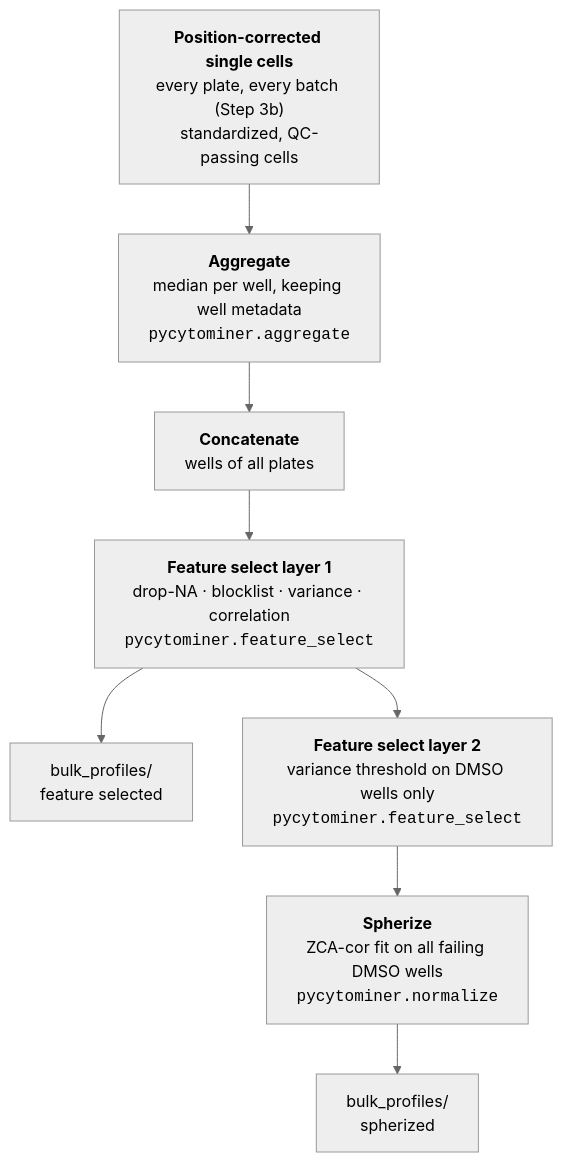
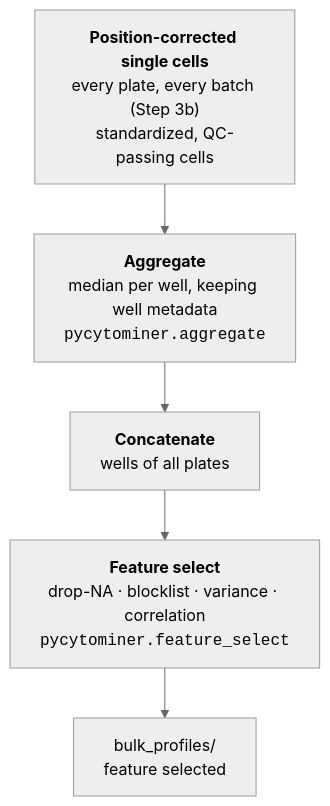
One commit to WayScience/targeted_fibrosis_drug_screen changed the third of 3 diagrams in 3.image_based_profiling/README.md. Above: the diagram before and after it, drawn with Mermaid (neutral theme). The commit also changed other lines of this file and 4 other files, not shown here.

````diff
--- a/3.image_based_profiling/README.md
+++ b/3.image_based_profiling/README.md
@@ -176,10 +172,7 @@
 ```mermaid
 flowchart TD
     A["<b>Position-corrected single cells</b><br/>every plate, every batch (Step 3b)<br/>standardized, QC-passing cells"] --> B["<b>Aggregate</b><br/>median per well, keeping well metadata<br/><code>pycytominer.aggregate</code>"]
     B --> C["<b>Concatenate</b><br/>wells of all plates"]
-    C --> D["<b>Feature select layer 1</b><br/>drop-NA · blocklist · variance · correlation<br/><code>pycytominer.feature_select</code>"]
+    C --> D["<b>Feature select</b><br/>drop-NA · blocklist · variance · correlation<br/><code>pycytominer.feature_select</code>"]
     D --> E[bulk_profiles/<br/>feature selected]
-    D --> F["<b>Feature select layer 2</b><br/>variance threshold on DMSO wells only<br/><code>pycytominer.feature_select</code>"]
-    F --> G["<b>Spherize</b><br/>ZCA-cor fit on all failing DMSO wells<br/><code>pycytominer.normalize</code>"]
-    G --> H[bulk_profiles/<br/>spherized]
 ```
````
